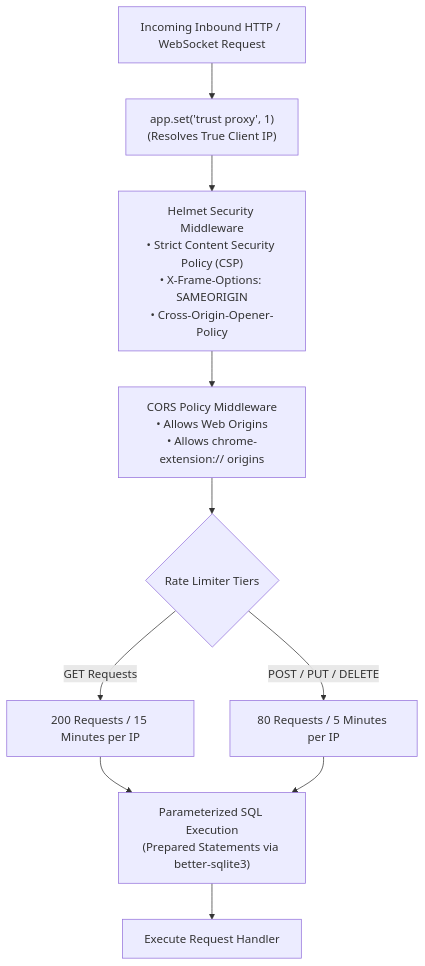
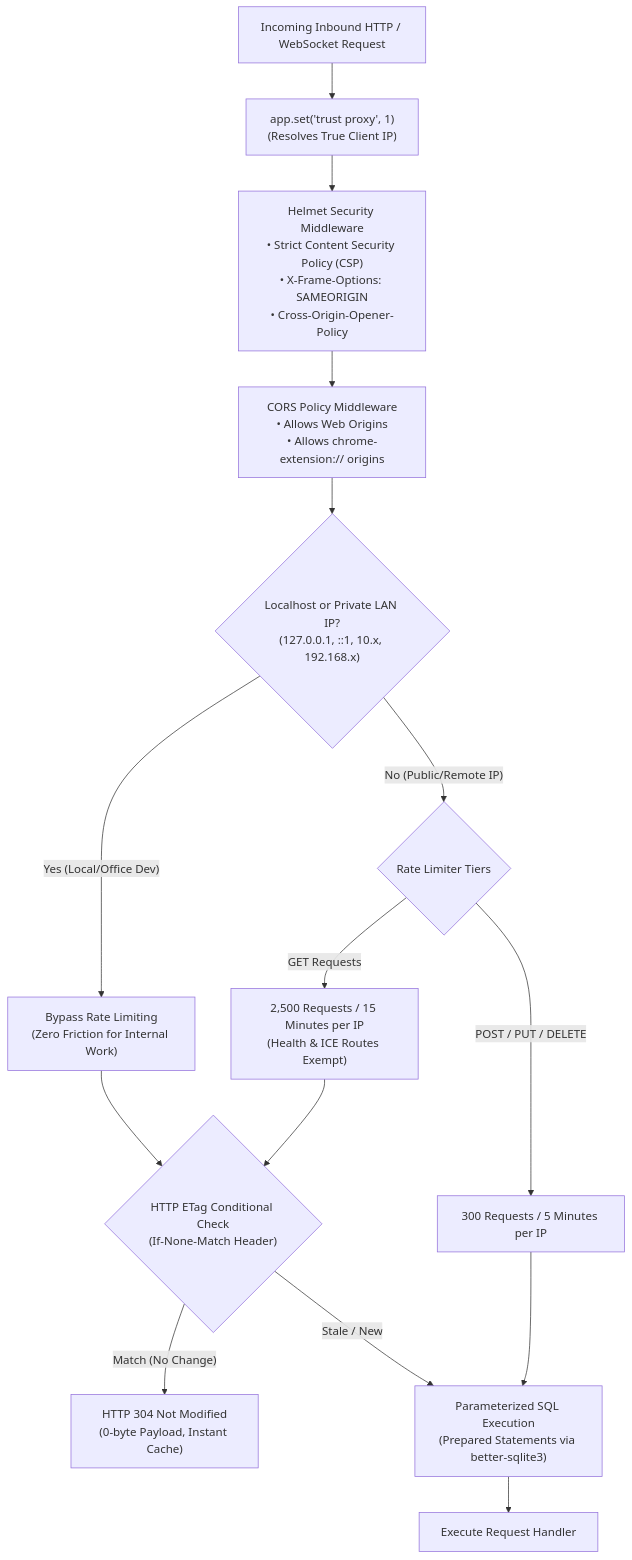
One commit to itssagarK/meetManager changed the tenth of 11 diagrams in PROJECT_DOCUMENTATION.md. Above: the diagram before and after it, drawn with Mermaid. The commit also changed other lines of this file and 25 other files, not shown here.

````diff
--- a/PROJECT_DOCUMENTATION.md
+++ b/PROJECT_DOCUMENTATION.md
@@ -845,16 +884,22 @@
 ```mermaid
 flowchart TD
     Request["Incoming Inbound HTTP / WebSocket Request"] --> Proxy["app.set('trust proxy', 1)\n(Resolves True Client IP)"]
 
     Proxy --> Helmet["Helmet Security Middleware\n• Strict Content Security Policy (CSP)\n• X-Frame-Options: SAMEORIGIN\n• Cross-Origin-Opener-Policy"]
 
     Helmet --> CORS["CORS Policy Middleware\n• Allows Web Origins\n• Allows chrome-extension:// origins"]
 
-    CORS --> RateLimitCheck{"Rate Limiter Tiers"}
-    RateLimitCheck -- "GET Requests" --> GlobalLimiter["200 Requests / 15 Minutes per IP"]
-    RateLimitCheck -- "POST / PUT / DELETE" --> StrictLimiter["80 Requests / 5 Minutes per IP"]
+    CORS --> LocalCheck{"Localhost or Private LAN IP?\n(127.0.0.1, ::1, 10.x, 192.168.x)"}
+    LocalCheck -- "Yes (Local/Office Dev)" --> BypassLimiter["Bypass Rate Limiting\n(Zero Friction for Internal Work)"]
+    LocalCheck -- "No (Public/Remote IP)" --> RateLimitCheck{"Rate Limiter Tiers"}
 
-    GlobalLimiter --> Sanitization["Parameterized SQL Execution\n(Prepared Statements via better-sqlite3)"]
+    RateLimitCheck -- "GET Requests" --> GlobalLimiter["2,500 Requests / 15 Minutes per IP\n(Health & ICE Routes Exempt)"]
+    RateLimitCheck -- "POST / PUT / DELETE" --> StrictLimiter["300 Requests / 5 Minutes per IP"]
+
+    BypassLimiter --> ETagCheck{"HTTP ETag Conditional Check\n(If-None-Match Header)"}
+    GlobalLimiter --> ETagCheck
+    ETagCheck -- "Match (No Change)" --> Send304["HTTP 304 Not Modified\n(0-byte Payload, Instant Cache)"]
+    ETagCheck -- "Stale / New" --> Sanitization["Parameterized SQL Execution\n(Prepared Statements via better-sqlite3)"]
     StrictLimiter --> Sanitization
     Sanitization --> Dispatch["Execute Request Handler"]
 ```
````
